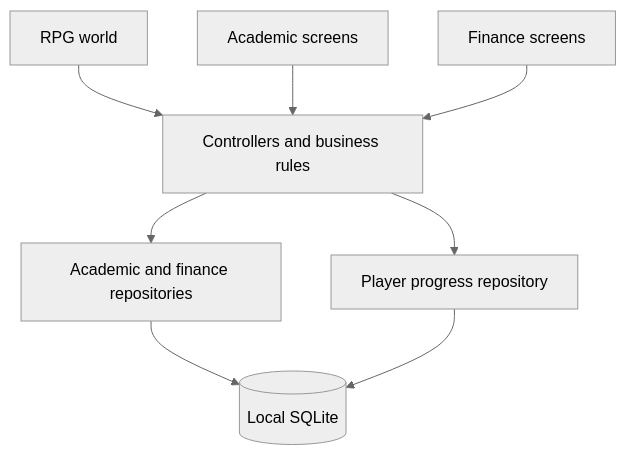
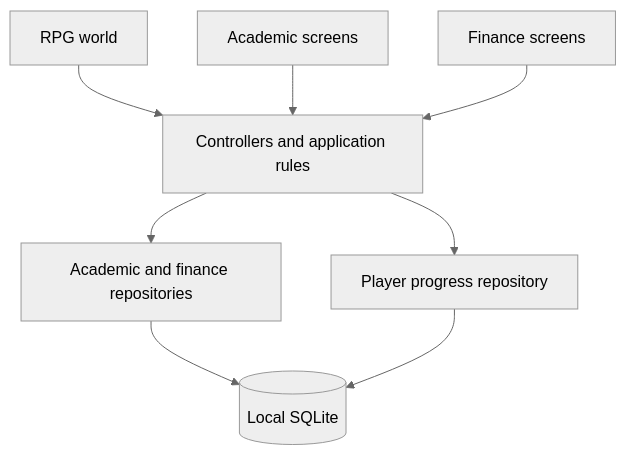
Before and after one commit to HAOSHUAI0516/student-life-rpg-abdn: the diagram in README.md, drawn with Mermaid (neutral theme). The commit also changed other lines of this file and 22 other files, not shown here.

````diff
--- a/README.md
+++ b/README.md
@@ -58,10 +52,10 @@
 ```mermaid
 flowchart TD
-  World["RPG world"] --> State["Controllers and business rules"]
+  World["RPG world"] --> State["Controllers and application rules"]
   Academic["Academic screens"] --> State
   Finance["Finance screens"] --> State
   State --> Records["Academic and finance repositories"]
   State --> Progress["Player progress repository"]
   Records --> DB[("Local SQLite")]
   Progress --> DB
 ```
````
